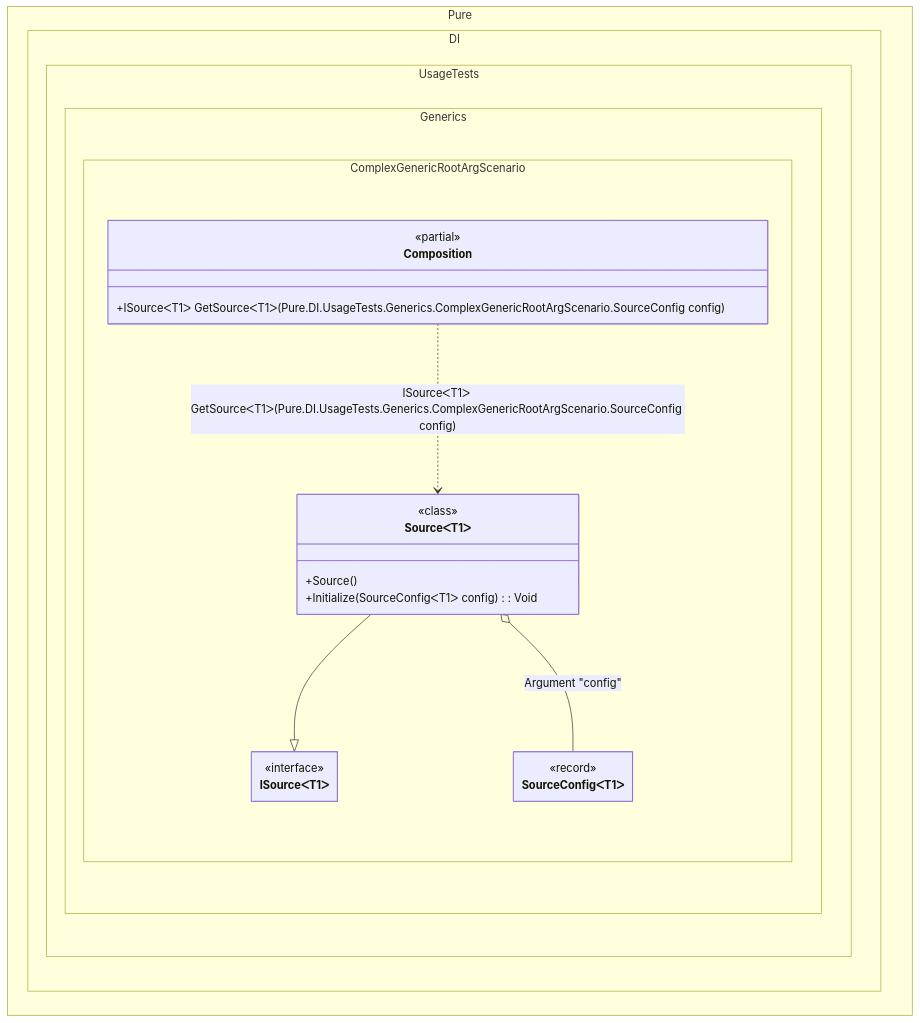
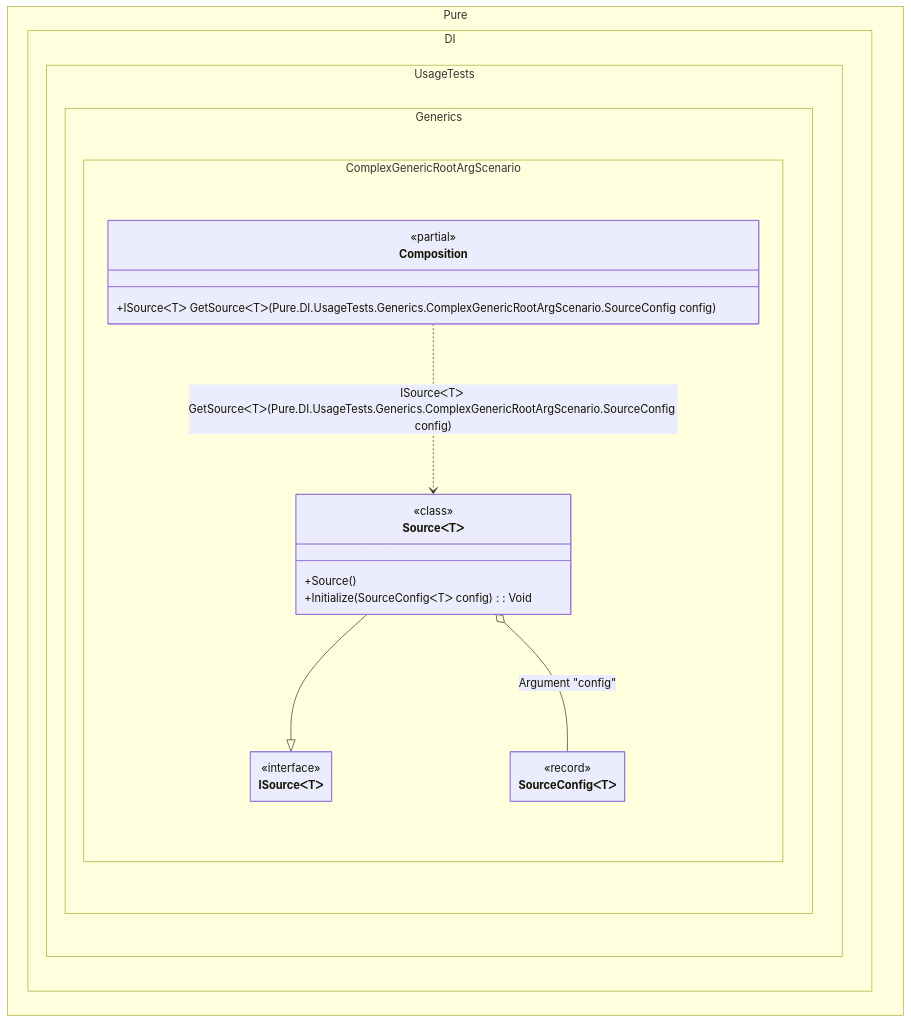
Before and after one commit to DevTeam/Pure.DI: the diagram in readme/complex-generic-root-arguments.md, drawn with Mermaid. The commit also changed other lines of this file and 169 other files, not shown here.

````diff
--- a/readme/complex-generic-root-arguments.md
+++ b/readme/complex-generic-root-arguments.md
@@ -110,30 +110,30 @@
 ```mermaid
 ---
  config:
   maxTextSize: 2147483647
   maxEdges: 2147483647
   class:
    hideEmptyMembersBox: true
 ---
 classDiagram
-	SourceᐸT1ᐳ --|> ISourceᐸT1ᐳ
-	Composition ..> SourceᐸT1ᐳ : ISourceᐸT1ᐳ GetSourceᐸT1ᐳ(Pure.DI.UsageTests.Generics.ComplexGenericRootArgScenario.SourceConfig<T1> config)
-	SourceᐸT1ᐳ o-- SourceConfigᐸT1ᐳ : Argument "config"
+	SourceᐸTᐳ --|> ISourceᐸTᐳ
+	Composition ..> SourceᐸTᐳ : ISourceᐸTᐳ GetSourceᐸTᐳ(Pure.DI.UsageTests.Generics.ComplexGenericRootArgScenario.SourceConfig<T> config)
+	SourceᐸTᐳ o-- SourceConfigᐸTᐳ : Argument "config"
 	namespace Pure.DI.UsageTests.Generics.ComplexGenericRootArgScenario {
 		class Composition {
 		<<partial>>
-		+ISourceᐸT1ᐳ GetSourceᐸT1ᐳ(Pure.DI.UsageTests.Generics.ComplexGenericRootArgScenario.SourceConfig<T1> config)
+		+ISourceᐸTᐳ GetSourceᐸTᐳ(Pure.DI.UsageTests.Generics.ComplexGenericRootArgScenario.SourceConfig<T> config)
 		}
-		class ISourceᐸT1ᐳ {
+		class ISourceᐸTᐳ {
 			<<interface>>
 		}
-		class SourceConfigᐸT1ᐳ {
+		class SourceConfigᐸTᐳ {
 				<<record>>
 		}
-		class SourceᐸT1ᐳ {
+		class SourceᐸTᐳ {
 				<<class>>
 			+Source()
-			+Initialize(SourceConfigᐸT1ᐳ config) : Void
+			+Initialize(SourceConfigᐸTᐳ config) : Void
 		}
 	}
 ```
````
